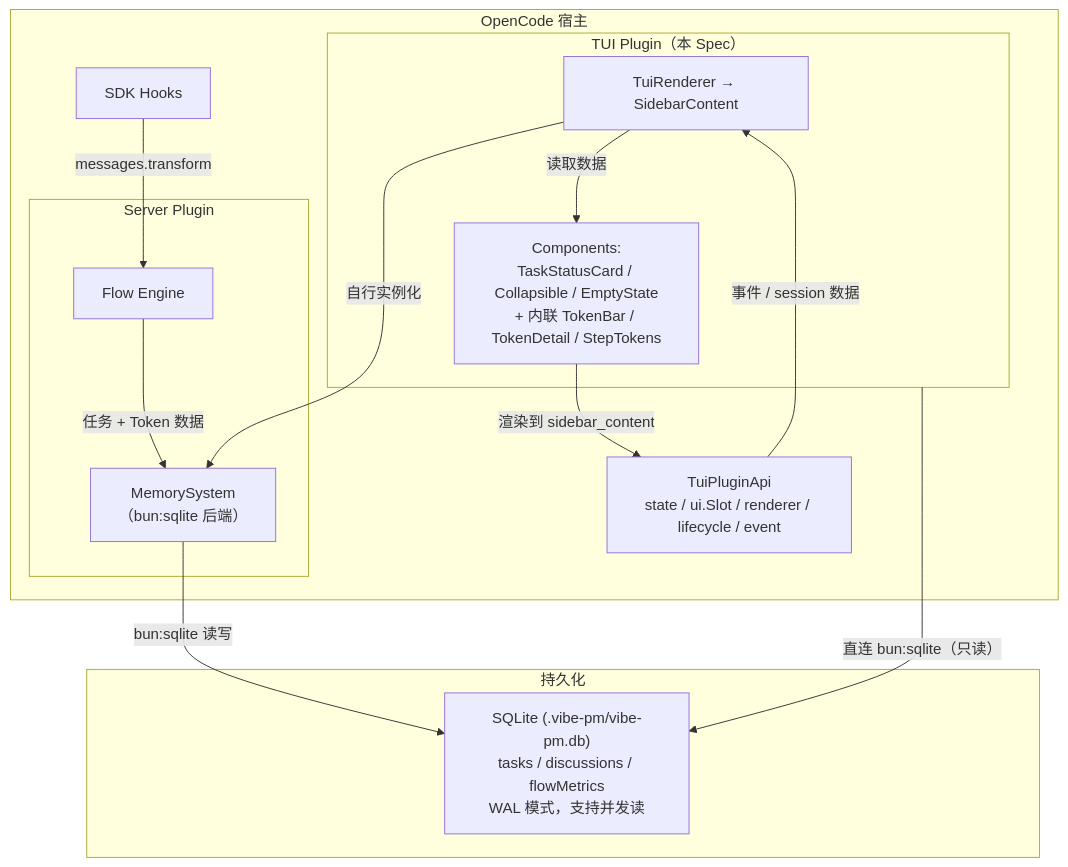
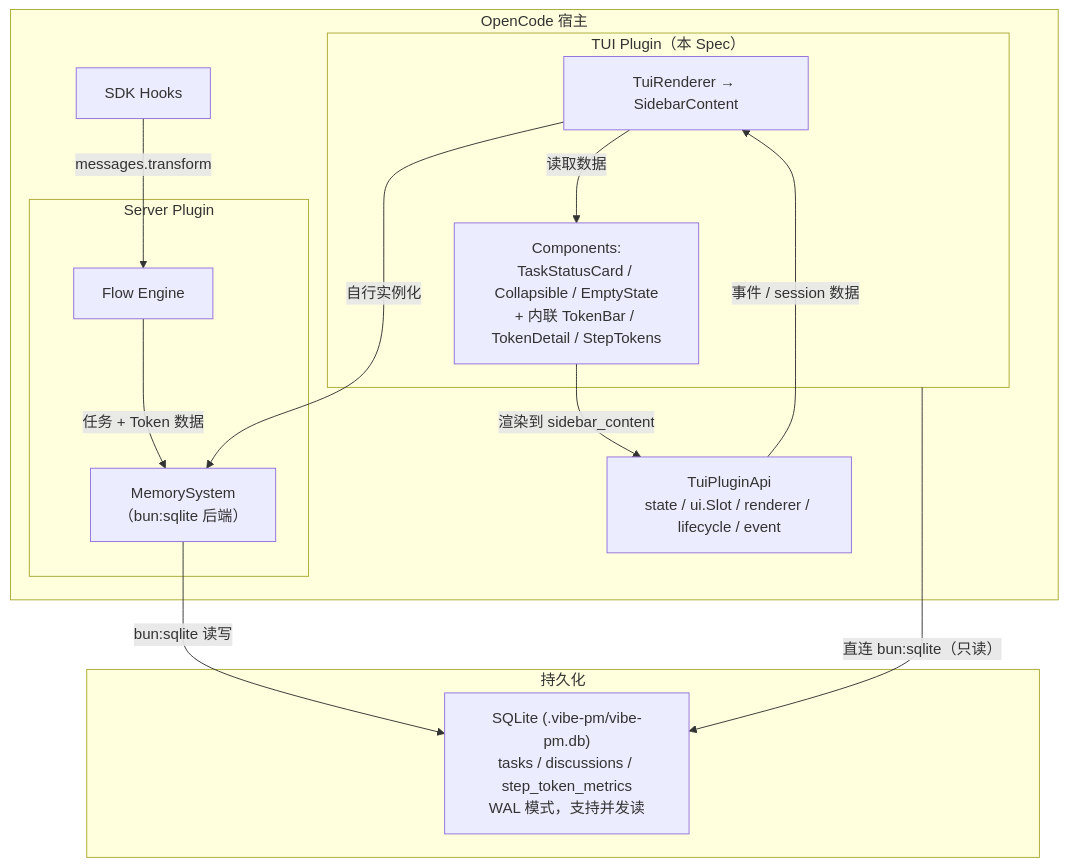
The first of 2 diagrams in docs/spec/vibe-pm-tui-extension.md (hank-cp/opencode-vibe-pm), drawn with Mermaid before and after one commit. The commit also changed other lines of this file and 14 other files, not shown here.

First line of the commit message:
refactor: remove dwellTime/humanInterventionTime/userInputTokens from StepTokenMetrics

````diff
--- a/docs/spec/vibe-pm-tui-extension.md
+++ b/docs/spec/vibe-pm-tui-extension.md
@@ -105,31 +105,31 @@
 ```mermaid
 graph TB
     subgraph OpenCode["OpenCode 宿主"]
         subgraph ServerPlugin["Server Plugin"]
             FE["Flow Engine"]
             MS["MemorySystem<br/>（bun:sqlite 后端）"]
         end
 
         subgraph TuiPlugin["TUI Plugin（本 Spec）"]
             TR["TuiRenderer → SidebarContent"]
             comps["Components:<br/>TaskStatusCard / Collapsible / EmptyState<br/>+ 内联 TokenBar / TokenDetail / StepTokens"]
         end
 
         Hooks["SDK Hooks"]
         TuiAPI["TuiPluginApi<br/>state / ui.Slot / renderer / lifecycle / event"]
     end
 
     subgraph Storage["持久化"]
-        SQLite["SQLite (.vibe-pm/vibe-pm.db)<br/>tasks / discussions / flowMetrics<br/>WAL 模式，支持并发读"]
+        SQLite["SQLite (.vibe-pm/vibe-pm.db)<br/>tasks / discussions / step_token_metrics<br/>WAL 模式，支持并发读"]
     end
 
     Hooks -->|"messages.transform"| FE
     FE -->|"任务 + Token 数据"| MS
     MS -->|"bun:sqlite 读写"| SQLite
 
     TuiAPI -->|"事件 / session 数据"| TR
     TR -->|"自行实例化"| MS
     TR -->|"读取数据"| comps
     comps -->|"渲染到 sidebar_content"| TuiAPI
     TuiPlugin -->|"直连 bun:sqlite（只读）"| SQLite
 ```
````
